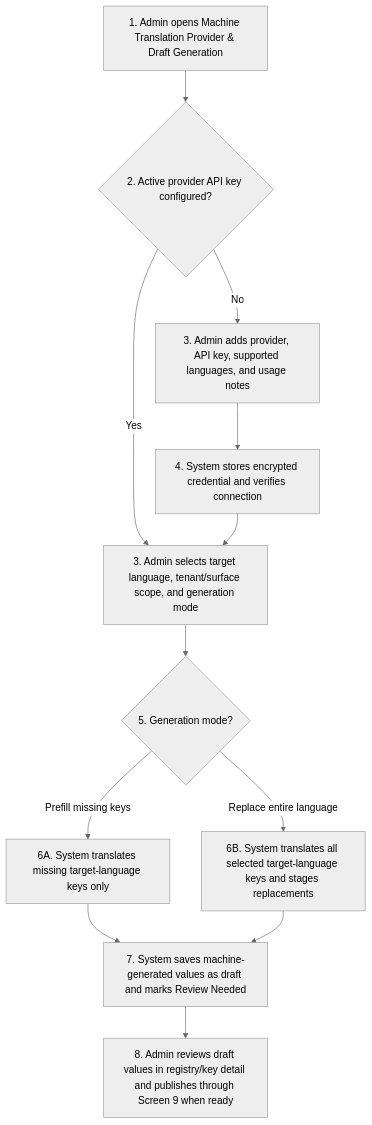
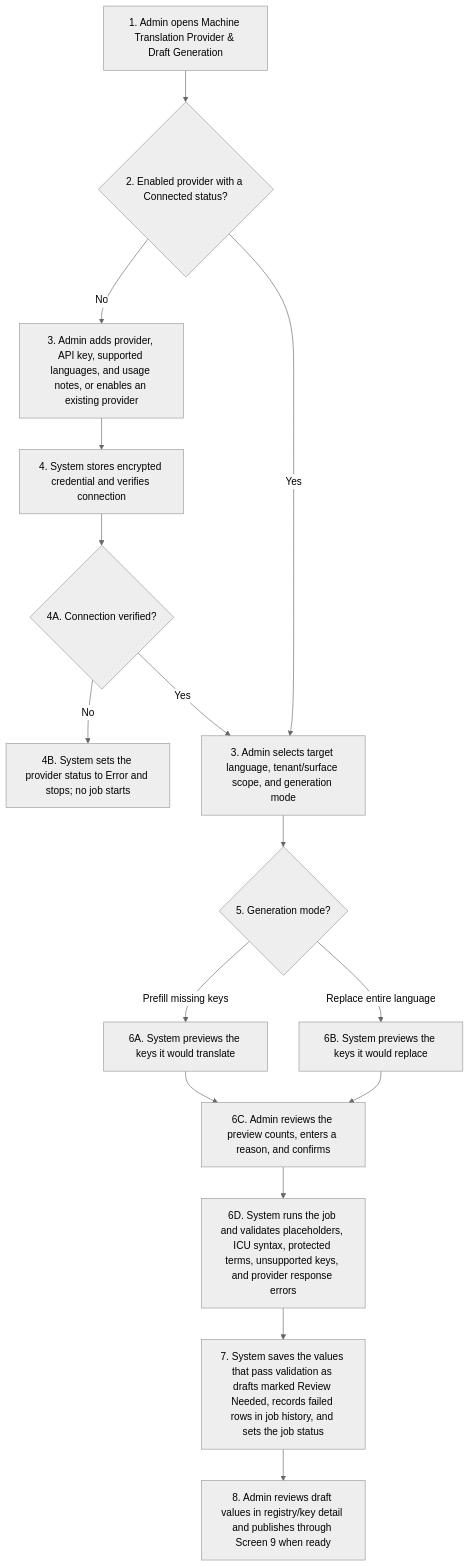
One commit to joachimtrungtuan/hairline-pm-docs changed the fourth of 4 diagrams in project-requirements/functional-requirements/fr021-i18n-localization/prd.md. Above: the diagram before and after it, drawn with Mermaid (neutral theme). The commit also changed other lines of this file and 5 other files, not shown here.

Commit message:
docs(fr021): apply logic review pass 1 fixes to PRD and graph

````diff
--- a/project-requirements/functional-requirements/fr021-i18n-localization/prd.md
+++ b/project-requirements/functional-requirements/fr021-i18n-localization/prd.md
@@ -206,15 +198,19 @@
 ```mermaid
 flowchart TD
   C1S1["1. Admin opens Machine Translation Provider & Draft Generation"]
-  C1S1 --> C1S2{"2. Active provider API key configured?"}
-  C1S2 -->|No| C1S3["3. Admin adds provider, API key, supported languages, and usage notes"]
+  C1S1 --> C1S2{"2. Enabled provider with a Connected status?"}
+  C1S2 -->|No| C1S3["3. Admin adds provider, API key, supported languages, and usage notes, or enables an existing provider"]
   C1S3 --> C1S4["4. System stores encrypted credential and verifies connection"]
+  C1S4 --> C1S4A{"4A. Connection verified?"}
+  C1S4A -->|No| C1S4B["4B. System sets the provider status to Error and stops; no job starts"]
+  C1S4A -->|Yes| C1S5
   C1S2 -->|Yes| C1S5["3. Admin selects target language, tenant/surface scope, and generation mode"]
-  C1S4 --> C1S5
   C1S5 --> C1S6{"5. Generation mode?"}
-  C1S6 -->|Prefill missing keys| C1S7["6A. System translates missing target-language keys only"]
-  C1S6 -->|Replace entire language| C1S8["6B. System translates all selected target-language keys and stages replacements"]
-  C1S7 --> C1S9["7. System saves machine-generated values as draft and marks Review Needed"]
-  C1S8 --> C1S9
+  C1S6 -->|Prefill missing keys| C1S7["6A. System previews the keys it would translate"]
+  C1S6 -->|Replace entire language| C1S8["6B. System previews the keys it would replace"]
+  C1S7 --> C1S7A["6C. Admin reviews the preview counts, enters a reason, and confirms"]
+  C1S8 --> C1S7A
+  C1S7A --> C1S7B["6D. System runs the job and validates placeholders, ICU syntax, protected terms, unsupported keys, and provider response errors"]
+  C1S7B --> C1S9["7. System saves the values that pass validation as drafts marked Review Needed, records failed rows in job history, and sets the job status"]
   C1S9 --> C1S10["8. Admin reviews draft values in registry/key detail and publishes through Screen 9 when ready"]
 ```
````
